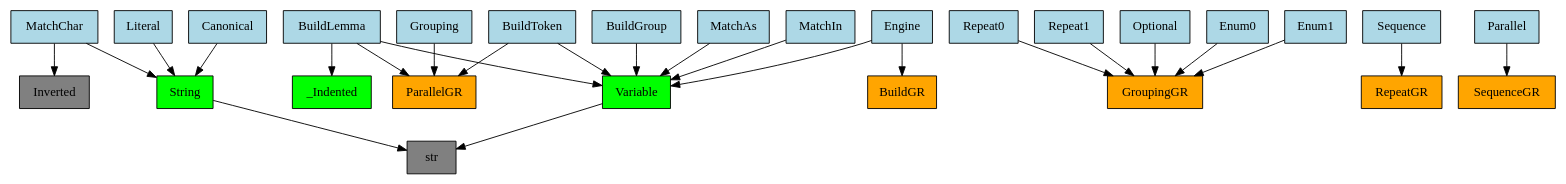
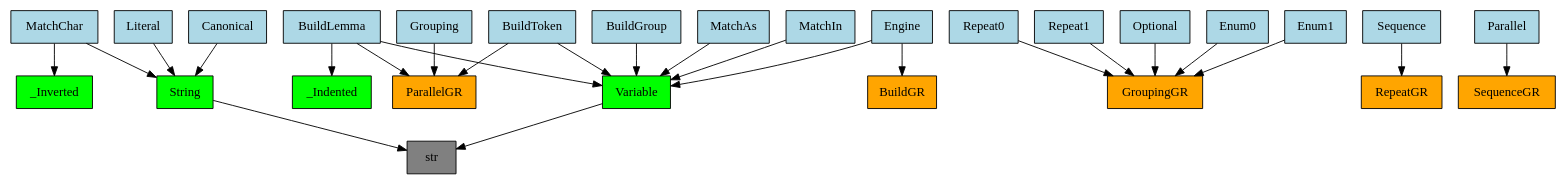
Before and after one commit to GabrielAmare/Language: the diagram in language/base/bnf/v0_0_1/core/use_graph.gv, drawn with Graphviz. The commit also changed 8 other files, not shown here.

```diff
--- a/language/base/bnf/v0_0_1/core/use_graph.gv
+++ b/language/base/bnf/v0_0_1/core/use_graph.gv
@@ -1,53 +1,53 @@
 digraph {
 	0 [label=BuildToken fillcolor=lightblue shape=rect style=filled]
 	1 [label=Variable fillcolor=lime shape=rect style=filled]
 	2 [label=ParallelGR fillcolor=orange shape=rect style=filled]
 	3 [label=BuildLemma fillcolor=lightblue shape=rect style=filled]
 	4 [label=_Indented fillcolor=lime shape=rect style=filled]
 	5 [label=BuildGroup fillcolor=lightblue shape=rect style=filled]
 	6 [label=MatchChar fillcolor=lightblue shape=rect style=filled]
-	7 [label=Inverted fillcolor=gray shape=rect style=filled]
+	7 [label=_Inverted fillcolor=lime shape=rect style=filled]
 	8 [label=String fillcolor=lime shape=rect style=filled]
 	9 [label=MatchAs fillcolor=lightblue shape=rect style=filled]
 	10 [label=MatchIn fillcolor=lightblue shape=rect style=filled]
 	11 [label=Literal fillcolor=lightblue shape=rect style=filled]
 	12 [label=Canonical fillcolor=lightblue shape=rect style=filled]
 	13 [label=Grouping fillcolor=lightblue shape=rect style=filled]
 	14 [label=Repeat0 fillcolor=lightblue shape=rect style=filled]
 	15 [label=GroupingGR fillcolor=orange shape=rect style=filled]
 	16 [label=Repeat1 fillcolor=lightblue shape=rect style=filled]
 	17 [label=Optional fillcolor=lightblue shape=rect style=filled]
 	18 [label=Enum0 fillcolor=lightblue shape=rect style=filled]
 	19 [label=Enum1 fillcolor=lightblue shape=rect style=filled]
 	20 [label=Sequence fillcolor=lightblue shape=rect style=filled]
 	21 [label=RepeatGR fillcolor=orange shape=rect style=filled]
 	22 [label=Parallel fillcolor=lightblue shape=rect style=filled]
 	23 [label=SequenceGR fillcolor=orange shape=rect style=filled]
 	24 [label=Engine fillcolor=lightblue shape=rect style=filled]
 	25 [label=BuildGR fillcolor=orange shape=rect style=filled]
 	26 [label=str fillcolor=gray shape=rect style=filled]
 	0 -> 1
 	0 -> 2
 	3 -> 4
 	3 -> 1
 	3 -> 2
 	5 -> 1
 	6 -> 7
 	6 -> 8
 	9 -> 1
 	10 -> 1
 	11 -> 8
 	12 -> 8
 	13 -> 2
 	14 -> 15
 	16 -> 15
 	17 -> 15
 	18 -> 15
 	19 -> 15
 	20 -> 21
 	22 -> 23
 	24 -> 25
 	24 -> 1
 	1 -> 26
 	8 -> 26
 }
```
